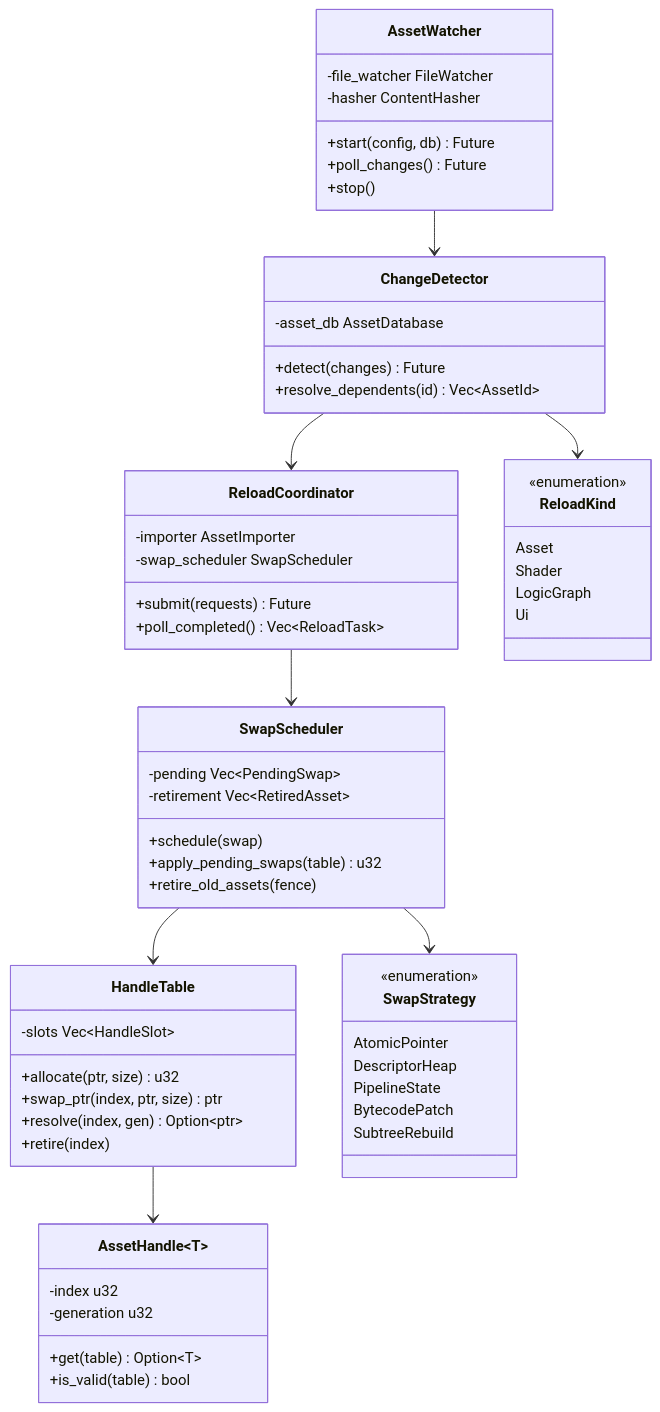
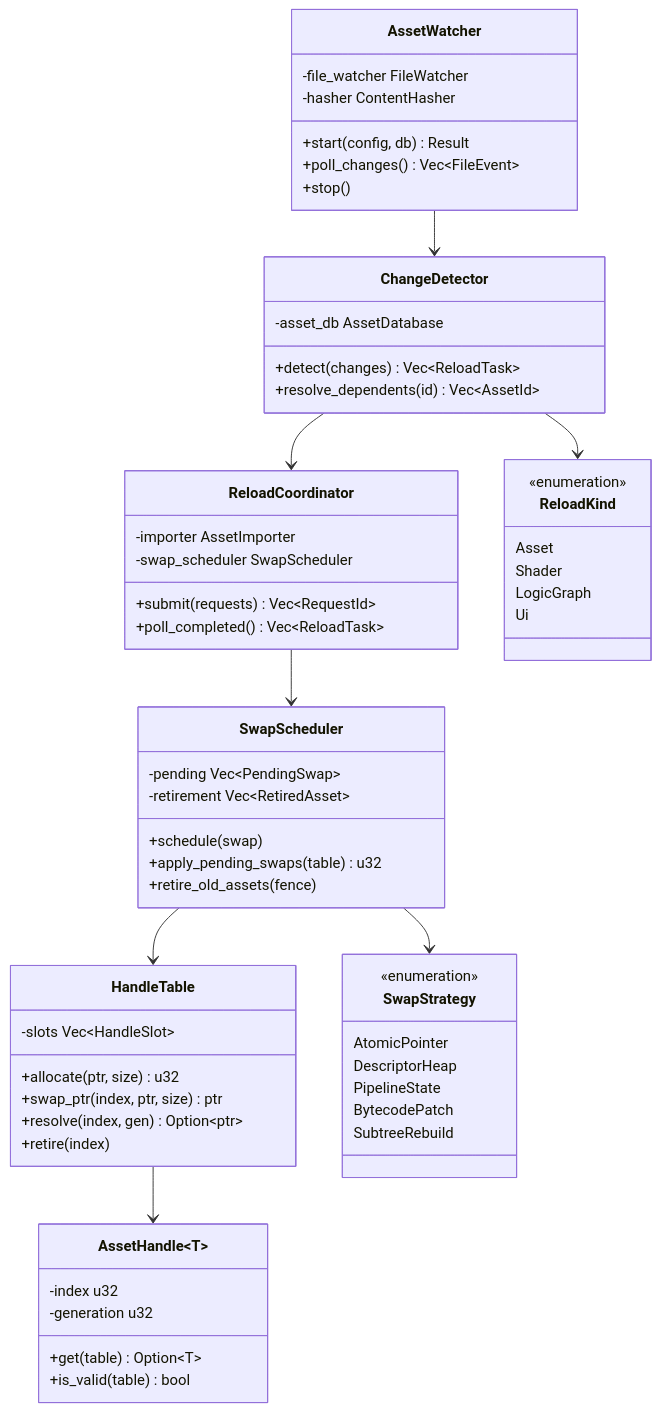
The sixth of 8 diagrams in docs/design/content-pipeline/asset-pipeline.md (harmonius-dev/harmonius), drawn with Mermaid before and after one commit. The commit also changed other lines of this file and 143 other files, not shown here.

````diff
--- a/docs/design/content-pipeline/asset-pipeline.md
+++ b/docs/design/content-pipeline/asset-pipeline.md
@@ -424,64 +431,64 @@
 ```mermaid
 classDiagram
     class AssetWatcher {
         -file_watcher FileWatcher
         -hasher ContentHasher
-        +start(config, db) Future
-        +poll_changes() Future
+        +start(config, db) Result
+        +poll_changes() Vec~FileEvent~
         +stop()
     }
     class ChangeDetector {
         -asset_db AssetDatabase
-        +detect(changes) Future
+        +detect(changes) Vec~ReloadTask~
         +resolve_dependents(id) Vec~AssetId~
     }
     class ReloadCoordinator {
         -importer AssetImporter
         -swap_scheduler SwapScheduler
-        +submit(requests) Future
+        +submit(requests) Vec~RequestId~
         +poll_completed() Vec~ReloadTask~
     }
     class SwapScheduler {
         -pending Vec~PendingSwap~
         -retirement Vec~RetiredAsset~
         +schedule(swap)
         +apply_pending_swaps(table) u32
         +retire_old_assets(fence)
     }
     class HandleTable {
         -slots Vec~HandleSlot~
         +allocate(ptr, size) u32
         +swap_ptr(index, ptr, size) ptr
         +resolve(index, gen) Option~ptr~
         +retire(index)
     }
     class AssetHandle~T~ {
         -index u32
         -generation u32
         +get(table) Option~T~
         +is_valid(table) bool
     }
     class SwapStrategy {
         <<enumeration>>
         AtomicPointer
         DescriptorHeap
         PipelineState
         BytecodePatch
         SubtreeRebuild
     }
     class ReloadKind {
         <<enumeration>>
         Asset
         Shader
         LogicGraph
         Ui
     }
 
     AssetWatcher --> ChangeDetector
     ChangeDetector --> ReloadCoordinator
     ChangeDetector --> ReloadKind
     ReloadCoordinator --> SwapScheduler
     SwapScheduler --> HandleTable
     SwapScheduler --> SwapStrategy
     HandleTable --> AssetHandle~T~
 ```
````
